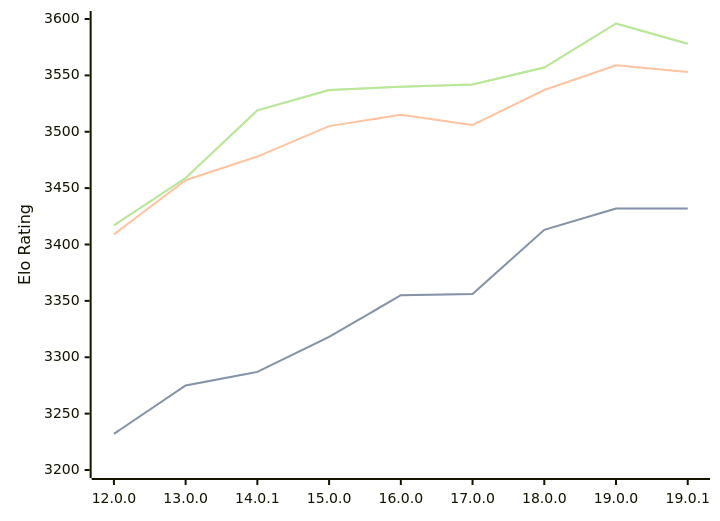
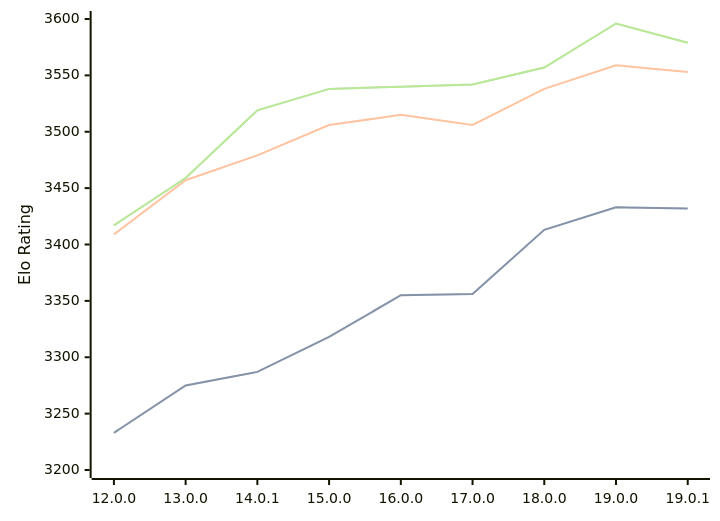
Before and after one commit to computer-chess-index/cci: the diagram in engines/Viridithas.md, drawn with Mermaid. The commit also changed other lines of this file, not shown here.

Commit message:
Update CCI Ratings (ELO VLTC) - 2026-04-10

````diff
--- a/engines/Viridithas.md
+++ b/engines/Viridithas.md
@@ -63,11 +63,11 @@
 ```mermaid
 %%{init: {"theme":"base","themeVariables":{"seriesColors:['#a3a3a3','#222221','#faa371']}}}%%
 xychart-beta
   x-axis ["12.0.0", "13.0.0", "14.0.1", "15.0.0", "16.0.0", "17.0.0", "18.0.0", "19.0.0", "19.0.1"]
   y-axis "Elo Rating" 3200 --> 3600
-  line "STC (8.0+0.08s)" [3232, 3275, 3287, 3318, 3355, 3356, 3413, 3432, 3432]
-  line "STC (8.0+0.08s)" [3232, 3275, 3287, 3318, 3355, 3356, 3413, 3432, 3432]
-  line "LTC (60.0+0.60s)" [3409, 3457, 3478, 3505, 3515, 3506, 3537, 3559, 3553]
-  line "VLTC (2m24s+1.12s)" [3417, 3459, 3519, 3537, 3540, 3542, 3557, 3596, 3578]
-  line "VLTC (2m24s+1.12s)" [3417, 3459, 3519, 3537, 3540, 3542, 3557, 3596, 3578]
+  line "STC (8.0+0.08s)" [3233, 3275, 3287, 3318, 3355, 3356, 3413, 3433, 3432]
+  line "STC (8.0+0.08s)" [3233, 3275, 3287, 3318, 3355, 3356, 3413, 3433, 3432]
+  line "LTC (60.0+0.60s)" [3409, 3457, 3479, 3506, 3515, 3506, 3538, 3559, 3553]
+  line "VLTC (2m24s+1.12s)" [3417, 3459, 3519, 3538, 3540, 3542, 3557, 3596, 3579]
+  line "VLTC (2m24s+1.12s)" [3417, 3459, 3519, 3538, 3540, 3542, 3557, 3596, 3579]
 ```
````
